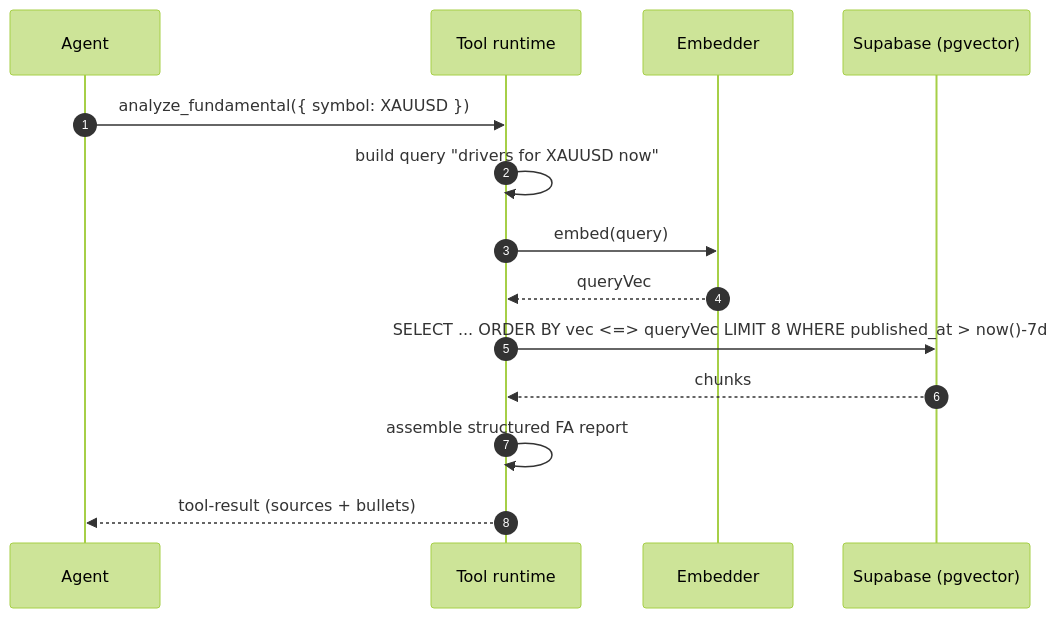
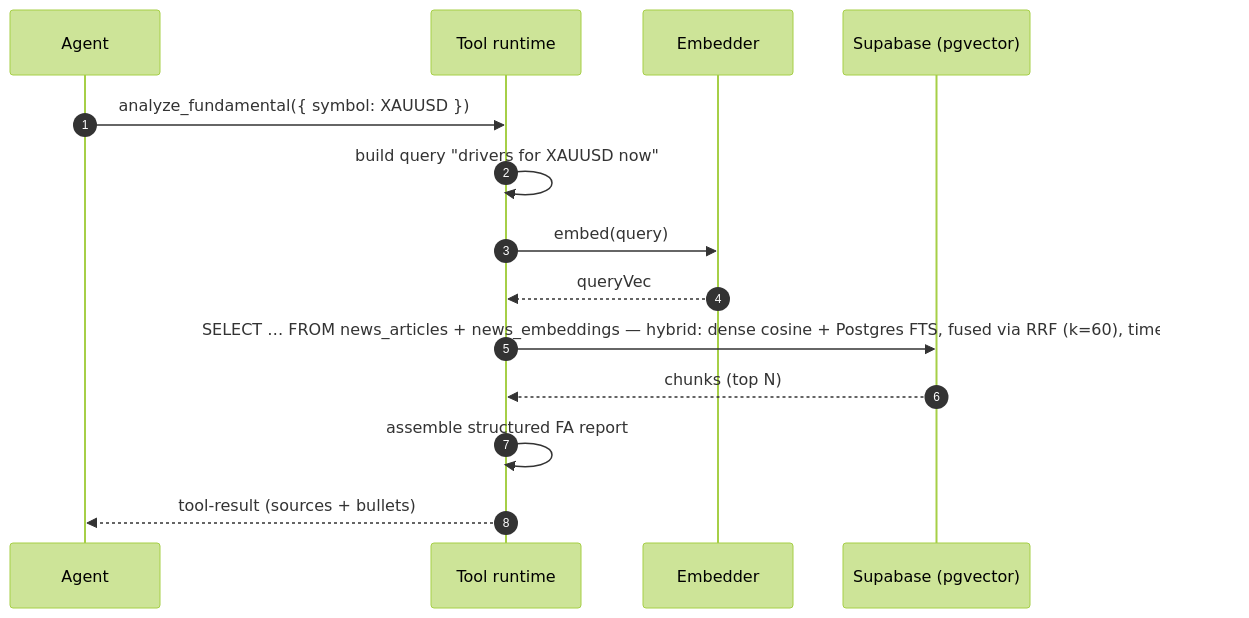
The ninth of 11 diagrams in docs/13-data-flow.md (HamaFx/Kestrel), drawn with Mermaid (forest theme) before and after one commit. The commit also changed other lines of this file and 16 other files, not shown here.

````diff
--- a/docs/13-data-flow.md
+++ b/docs/13-data-flow.md
@@ -207,17 +246,17 @@
 ```mermaid
 sequenceDiagram
     autonumber
     participant A as Agent
     participant T as Tool runtime
     participant E as Embedder
     participant DB as Supabase (pgvector)
 
     A->>T: analyze_fundamental({ symbol: XAUUSD })
     T->>T: build query "drivers for XAUUSD now"
     T->>E: embed(query)
     E-->>T: queryVec
-    T->>DB: SELECT ... ORDER BY vec <=> queryVec LIMIT 8 WHERE published_at > now()-7d
-    DB-->>T: chunks
+    T->>DB: SELECT … FROM news_articles + news_embeddings — hybrid: dense cosine + Postgres FTS, fused via RRF (k=60), time-decayed
+    DB-->>T: chunks (top N)
     T->>T: assemble structured FA report
     T-->>A: tool-result (sources + bullets)
 ```
````
